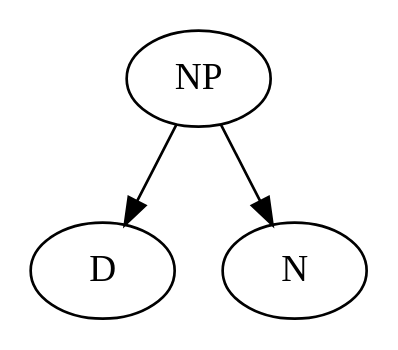
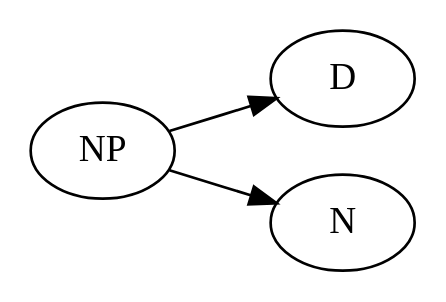
Before and after one commit to findcoo/englab: the first of 5 diagrams in README.org, drawn with Graphviz. The commit also changed other lines of this file and 6 other files, not shown here.

```diff
--- a/README.org
+++ b/README.org
@@ -61,6 +61,7 @@
   #+BEGIN_SRC dot :file images/noun-phrase1.svg :exports results :results output
 digraph NounPhrase1 {
+rankdir=LR;
 NP -> D;
 NP -> N;
 }
   #+END_SRC
```
